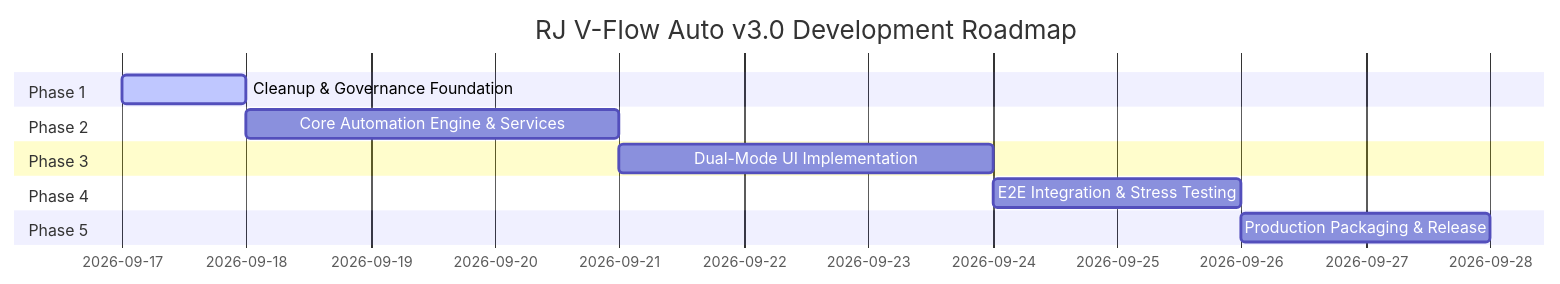
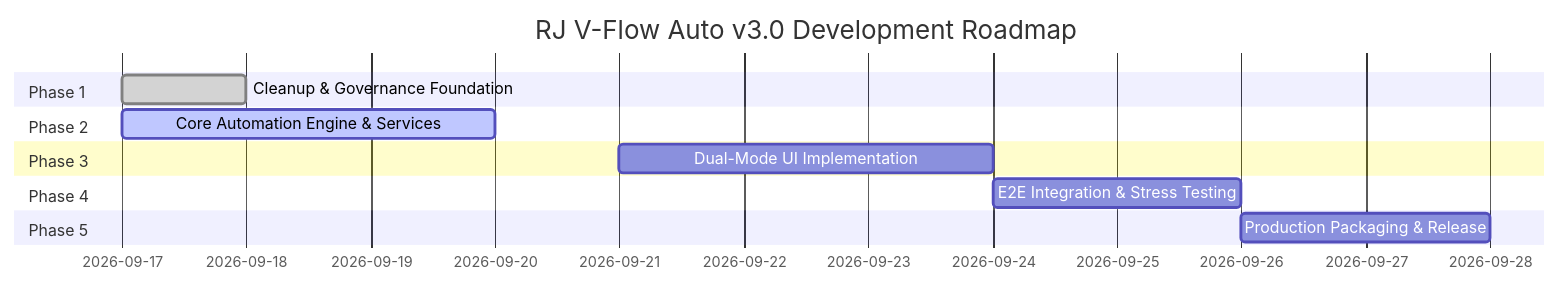
Before and after one commit to riiicil/rj-vflow-auto: the diagram in docs/ROADMAP.md, drawn with Mermaid. The commit also changed other lines of this file and 5 other files, not shown here.

Commit message:
feat(core): implement FlowDOM selector engine and FlowStorage service

````diff
--- a/docs/ROADMAP.md
+++ b/docs/ROADMAP.md
@@ -9,15 +9,15 @@
 ```mermaid
 gantt
     title RJ V-Flow Auto v3.0 Development Roadmap
     dateFormat  YYYY-MM-DD
     section Phase 1
-    Cleanup & Governance Foundation       :active, 2026-09-17, 1d
+    Cleanup & Governance Foundation       :done, 2026-09-17, 1d
     section Phase 2
-    Core Automation Engine & Services     :2026-09-18, 3d
+    Core Automation Engine & Services     :active, 2026-09-17, 3d
     section Phase 3
     Dual-Mode UI Implementation           :2026-09-21, 3d
     section Phase 4
     E2E Integration & Stress Testing      :2026-09-24, 2d
     section Phase 5
     Production Packaging & Release        :2026-09-26, 2d
 ```
````
